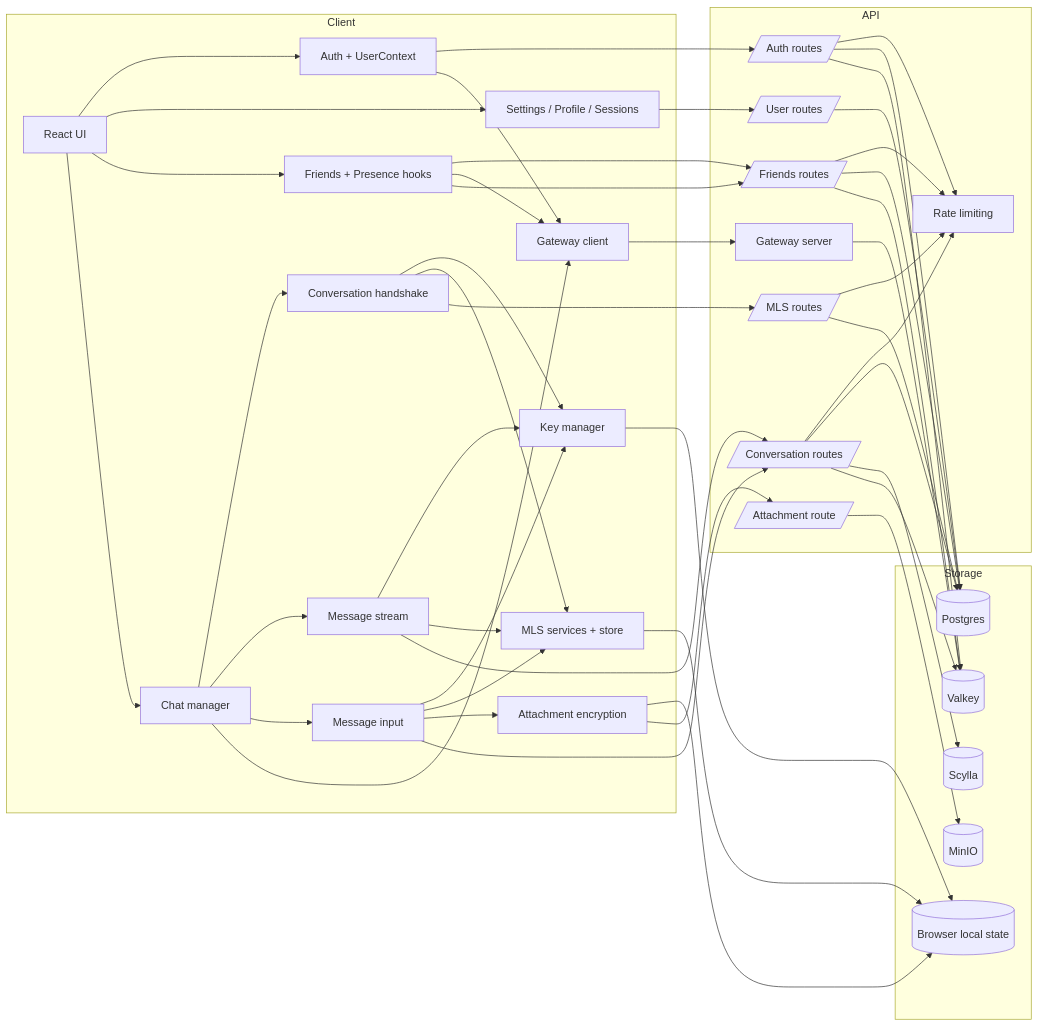
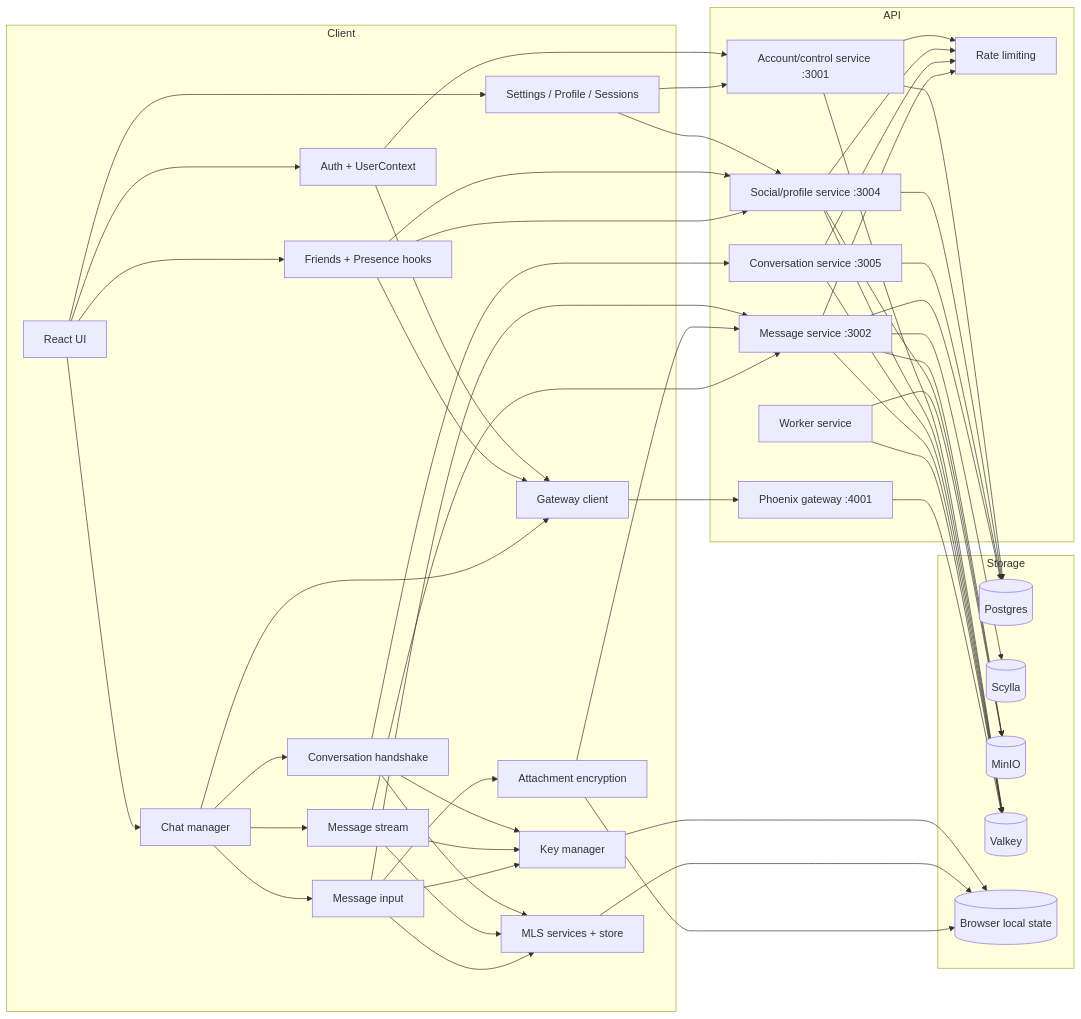
One commit to voidjack233/VOID-CHATS changed the first of 16 diagrams in VOID0000-www/docs/project-flow-map.md. Above: the diagram before and after it, drawn with Mermaid. The commit also changed other lines of this file and 9 other files, not shown here.

````diff
--- a/VOID0000-www/docs/project-flow-map.md
+++ b/VOID0000-www/docs/project-flow-map.md
@@ -22,13 +22,12 @@
   end
 
   subgraph API
-    AuthAPI[/Auth routes/]
-    UserAPI[/User routes/]
-    FriendsAPI[/Friends routes/]
-    ConvAPI[/Conversation routes/]
-    MLSAPI[/MLS routes/]
-    AttachAPI[/Attachment route/]
-    GatewayAPI[Gateway server]
+    AccountSvc[Account/control service :3001]
+    MessageSvc[Message service :3002]
+    SocialSvc[Social/profile service :3004]
+    ConvSvc[Conversation service :3005]
+    WorkerSvc[Worker service]
+    GatewayAPI[Phoenix gateway :4001]
     RateLimit[Rate limiting]
   end
 
@@ -45,9 +44,10 @@
   UI --> Friends
   UI --> ChatMgr
 
-  Auth --> AuthAPI
-  Settings --> UserAPI
-  Friends --> FriendsAPI
+  Auth --> AccountSvc
+  Settings --> AccountSvc
+  Settings --> SocialSvc
+  Friends --> SocialSvc
   ChatMgr --> Handshake
   ChatMgr --> Stream
   ChatMgr --> Composer
@@ -65,29 +65,32 @@
   ChatMgr --> GatewayClient
   GatewayClient --> GatewayAPI
 
-  AuthAPI --> RateLimit
-  FriendsAPI --> RateLimit
-  ConvAPI --> RateLimit
-  MLSAPI --> RateLimit
+  AccountSvc --> RateLimit
+  SocialSvc --> RateLimit
+  ConvSvc --> RateLimit
+  MessageSvc --> RateLimit
 
-  AuthAPI --> PG
-  UserAPI --> PG
-  FriendsAPI --> PG
-  ConvAPI --> PG
-  MLSAPI --> PG
-  ConvAPI --> SCY
-  AttachAPI --> MINIO
-  AuthAPI --> VALKEY
-  FriendsAPI --> VALKEY
-  ConvAPI --> VALKEY
+  AccountSvc --> PG
+  SocialSvc --> PG
+  ConvSvc --> PG
+  MessageSvc --> PG
+  MessageSvc --> SCY
+  MessageSvc --> MINIO
+  SocialSvc --> MINIO
+  WorkerSvc --> MINIO
+  AccountSvc --> VALKEY
+  SocialSvc --> VALKEY
+  ConvSvc --> VALKEY
+  MessageSvc --> VALKEY
+  WorkerSvc --> VALKEY
   GatewayAPI --> VALKEY
 
   KeyMgr --> LOCAL
   MLSClient --> LOCAL
   Media --> LOCAL
-  Composer --> ConvAPI
-  Media --> AttachAPI
-  Handshake --> MLSAPI
-  Stream --> ConvAPI
-  Friends --> FriendsAPI
+  Composer --> MessageSvc
+  Media --> MessageSvc
+  Handshake --> ConvSvc
+  Stream --> MessageSvc
+  Friends --> SocialSvc
 ```
````
